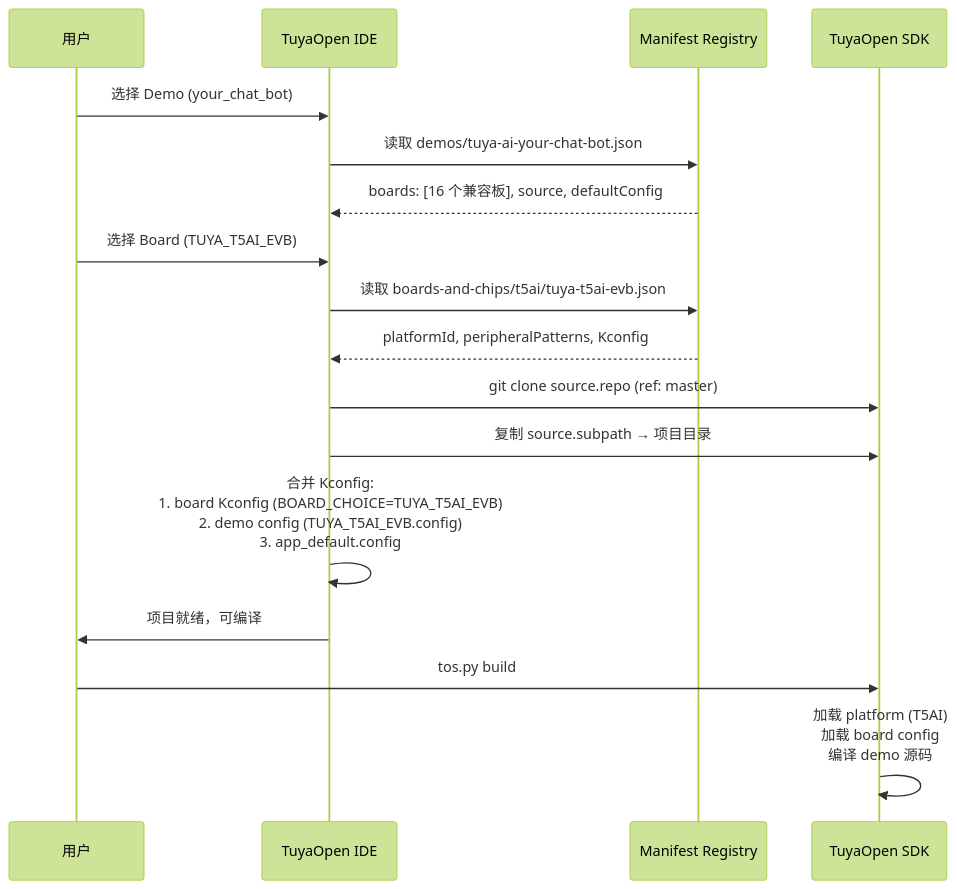
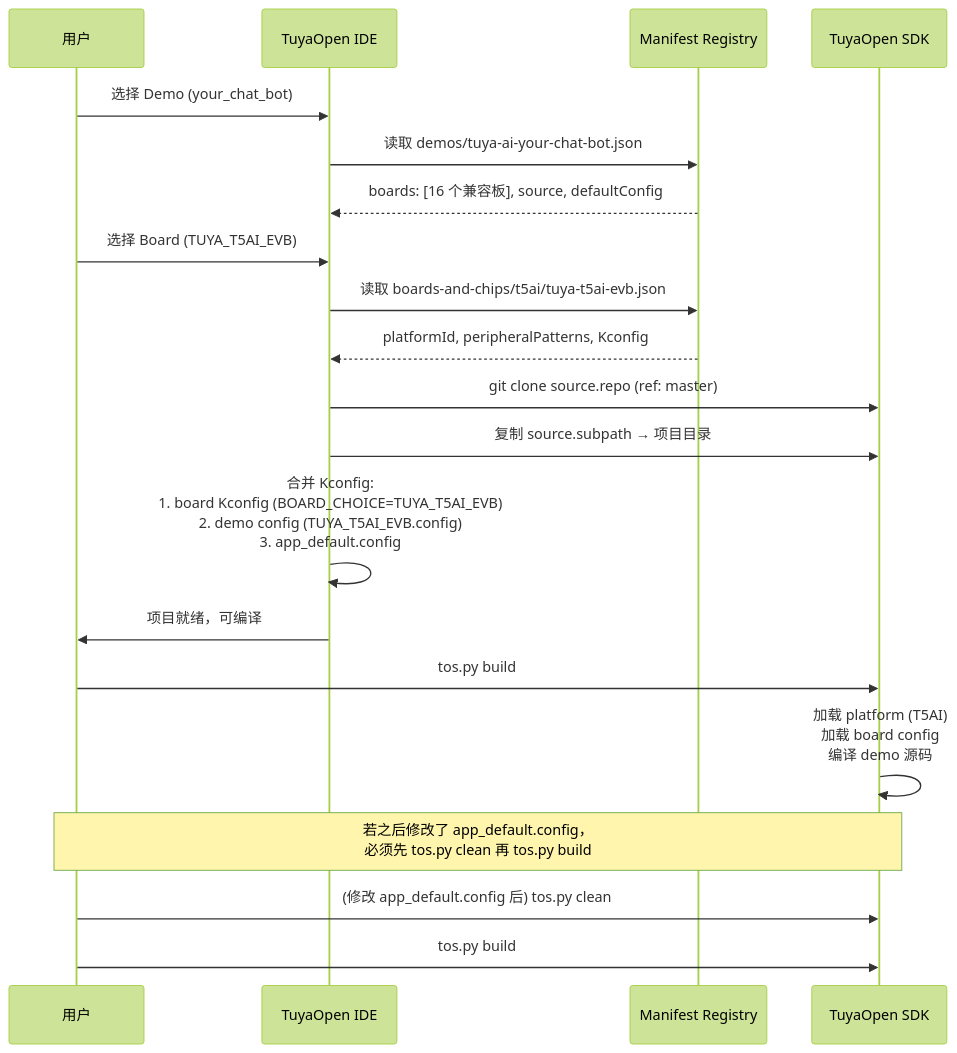
Before and after one commit to KOKO-cyco/tuyaopen-ide-manifests: the fourth of 6 diagrams in docs/manifest-architecture.md, drawn with Mermaid (forest theme). The commit also changed other lines of this file, not shown here.

First line of the commit message:
Docs/app default config clean (#34)

````diff
--- a/docs/manifest-architecture.md
+++ b/docs/manifest-architecture.md
@@ -121,23 +121,27 @@
 ```mermaid
 sequenceDiagram
     participant User as 用户
     participant IDE as TuyaOpen IDE
     participant Manifest as Manifest Registry
     participant SDK as TuyaOpen SDK
 
     User->>IDE: 选择 Demo (your_chat_bot)
     IDE->>Manifest: 读取 demos/tuya-ai-your-chat-bot.json
     Manifest-->>IDE: boards: [16 个兼容板], source, defaultConfig
 
     User->>IDE: 选择 Board (TUYA_T5AI_EVB)
     IDE->>Manifest: 读取 boards-and-chips/t5ai/tuya-t5ai-evb.json
     Manifest-->>IDE: platformId, peripheralPatterns, Kconfig
 
     IDE->>SDK: git clone source.repo (ref: master)
     IDE->>SDK: 复制 source.subpath → 项目目录
     IDE->>IDE: 合并 Kconfig:<br/>1. board Kconfig (BOARD_CHOICE=TUYA_T5AI_EVB)<br/>2. demo config (TUYA_T5AI_EVB.config)<br/>3. app_default.config
 
     IDE->>User: 项目就绪，可编译
     User->>SDK: tos.py build
     SDK->>SDK: 加载 platform (T5AI)<br/>加载 board config<br/>编译 demo 源码
+
+    Note over User,SDK: 若之后修改了 app_default.config，<br/>必须先 tos.py clean 再 tos.py build
+    User->>SDK: (修改 app_default.config 后) tos.py clean
+    User->>SDK: tos.py build
 ```
````
